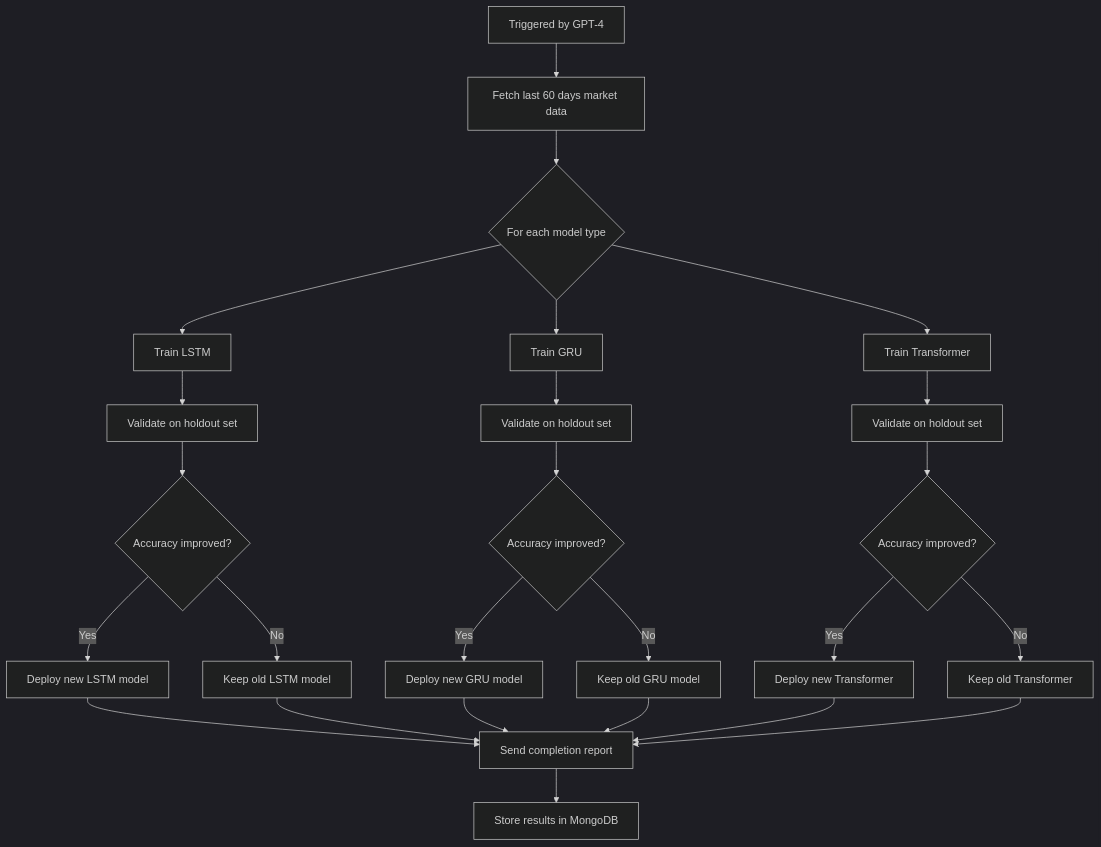
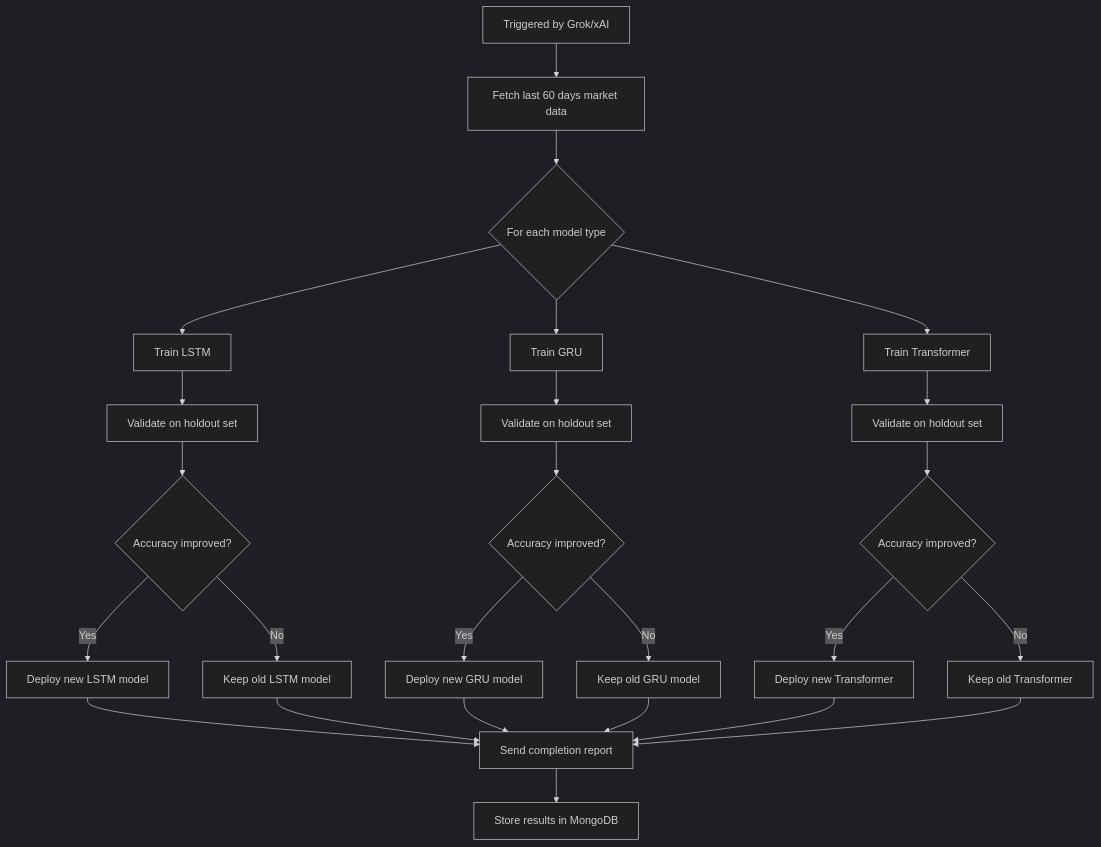
One commit to magic-ai-trading-bot/bot-core changed the fifth of 6 diagrams in specifications/01-requirements/1.1-functional-requirements/FR-ASYNC-TASKS.md. Above: the diagram before and after it, drawn with Mermaid (dark theme). The commit also changed other lines of this file and 52 other files, not shown here.

````diff
--- a/specifications/01-requirements/1.1-functional-requirements/FR-ASYNC-TASKS.md
+++ b/specifications/01-requirements/1.1-functional-requirements/FR-ASYNC-TASKS.md
@@ -1314,29 +1314,29 @@
 ```mermaid
 flowchart TD
-    A[Triggered by GPT-4] --> B[Fetch last 60 days market data]
+    A[Triggered by Grok/xAI] --> B[Fetch last 60 days market data]
     B --> C{For each model type}
 
     C --> D1[Train LSTM]
     C --> D2[Train GRU]
     C --> D3[Train Transformer]
 
     D1 --> E1[Validate on holdout set]
     D2 --> E2[Validate on holdout set]
     D3 --> E3[Validate on holdout set]
 
     E1 --> F1{Accuracy improved?}
     E2 --> F2{Accuracy improved?}
     E3 --> F3{Accuracy improved?}
 
     F1 -->|Yes| G1[Deploy new LSTM model]
     F1 -->|No| H1[Keep old LSTM model]
 
     F2 -->|Yes| G2[Deploy new GRU model]
     F2 -->|No| H2[Keep old GRU model]
 
     F3 -->|Yes| G3[Deploy new Transformer]
     F3 -->|No| H3[Keep old Transformer]
 
     G1 & G2 & G3 & H1 & H2 & H3 --> I[Send completion report]
     I --> J[Store results in MongoDB]
 ```
````
